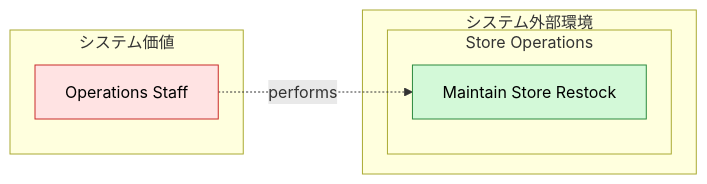
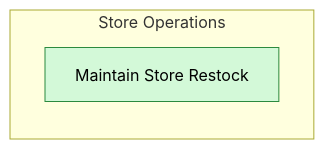
Before and after one commit to manji-0/rdra-ish-dsl: the diagram in samples/incremental-order/step-6-business-rules/out/business.mmd, drawn with Mermaid. The commit also changed 20 other files, not shown here.

First line of the commit message:
feat(cli): draw the business flow and list who takes part in each BUC

```diff
--- a/samples/incremental-order/step-6-business-rules/out/business.mmd
+++ b/samples/incremental-order/step-6-business-rules/out/business.mmd
@@ -1,19 +1,11 @@
 %% rdra-ish diagram=business scope=whole model=samples/incremental-order/step-6-business-rules/src
-%% layers: value=システム価値 environment=システム外部環境
-%% kinds: actor business buc
-%% omitted: medium permission usecase screen api entity
+%% kinds: business buc
+%% omitted: actor medium permission usecase screen api entity
 flowchart LR
-  subgraph layer_value["システム価値"]
-    actor__OpsStaff["Operations Staff"]:::actor
+  subgraph business__StoreOperations["Store Operations"]
+    %% desc business__StoreOperations: Store operations owns restock planning and store master maintenance.
+    buc__BucStoreRestock["Maintain Store Restock"]:::buc
+    %% desc buc__BucStoreRestock: Keep restock dates and store organization assignments operationally correct.
   end
-  subgraph layer_environment["システム外部環境"]
-    subgraph business__StoreOperations["Store Operations"]
-      %% desc business__StoreOperations: Store operations owns restock planning and store master maintenance.
-      buc__BucStoreRestock["Maintain Store Restock"]:::buc
-      %% desc buc__BucStoreRestock: Keep restock dates and store organization assignments operationally correct.
-    end
-  end
-  actor__OpsStaff -.->|performs| buc__BucStoreRestock
-  classDef actor fill:#ffe3e3,stroke:#c92a2a,color:#000;
   classDef business fill:#d3f9d8,stroke:#2b8a3e,color:#000;
   classDef buc fill:#d3f9d8,stroke:#2b8a3e,color:#000;
```
